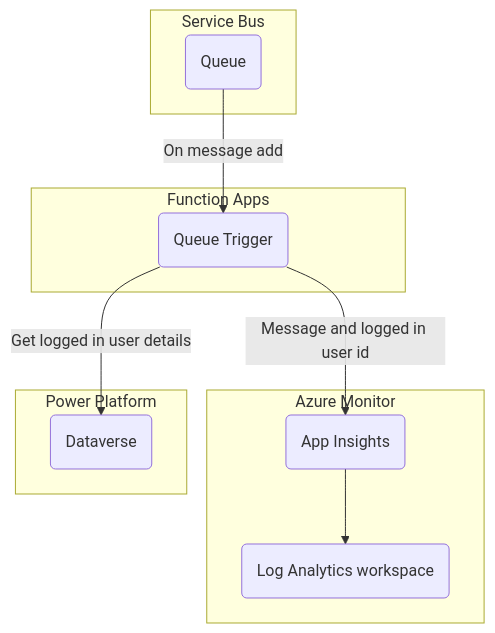
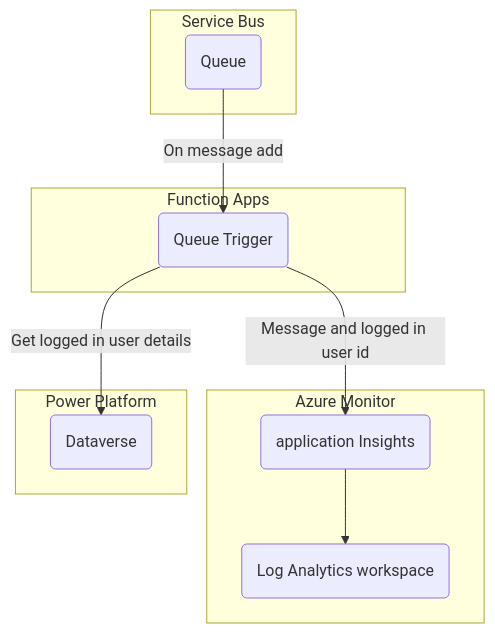
The diagram in README.md (TopGuru777/Azure_Traverse_integration), drawn with Mermaid before and after one commit. The commit also changed other lines of this file, not shown here.

````diff
--- a/README.md
+++ b/README.md
@@ -184,24 +187,24 @@
 ```mermaid
 graph TB
     subgraph Function Apps
         sbTrigger
     end
 
     subgraph Service Bus
         sb(Queue)
         sb-->|On message add|sbTrigger(Queue Trigger)
     end
 
     subgraph Azure Monitor
-        ai(App Insights)
+        ai(application Insights)
         la(Log Analytics workspace)
         sbTrigger-->|Message and logged in user id|ai
         ai-->la
     end
 
     subgraph Power Platform
         dataverse(Dataverse)
         sbTrigger-->|Get logged in user details|dataverse
     end
 
 ```
````
